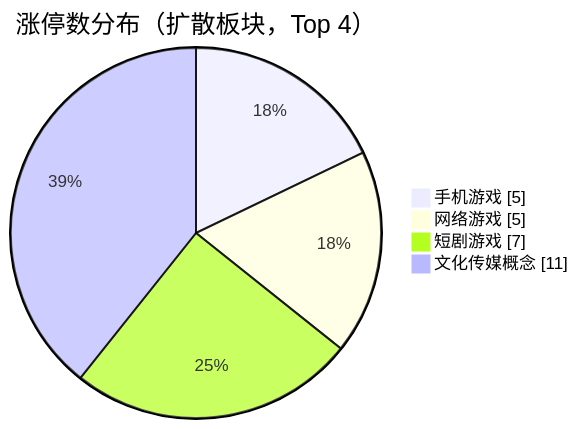
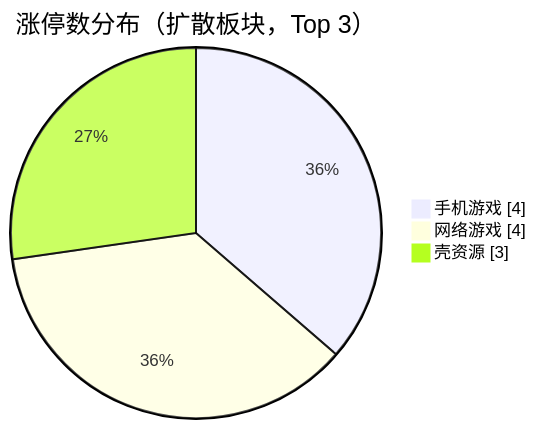
Before and after one commit to chenyang1999/chzl-kg: the first of 4 diagrams in content/投研交易/盘中分析/20261103.md, drawn with Mermaid. The commit also changed other lines of this file, not shown here.

````diff
--- a/content/投研交易/盘中分析/20261103.md
+++ b/content/投研交易/盘中分析/20261103.md
@@ -30,8 +30,7 @@
 ```mermaid
 pie showData
-    title 涨停数分布（扩散板块，Top 4）
-    "手机游戏" : 5
-    "网络游戏" : 5
-    "短剧游戏" : 7
-    "文化传媒概念" : 11
+    title 涨停数分布（扩散板块，Top 3）
+    "手机游戏" : 4
+    "网络游戏" : 4
+    "壳资源" : 3
 ```
````
